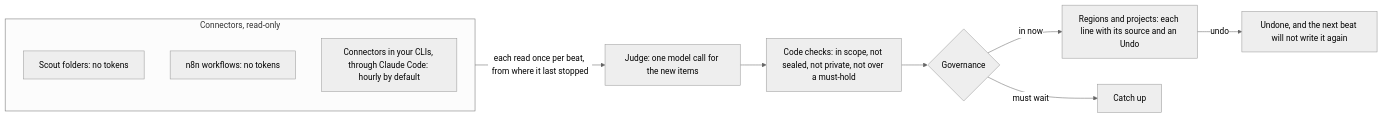
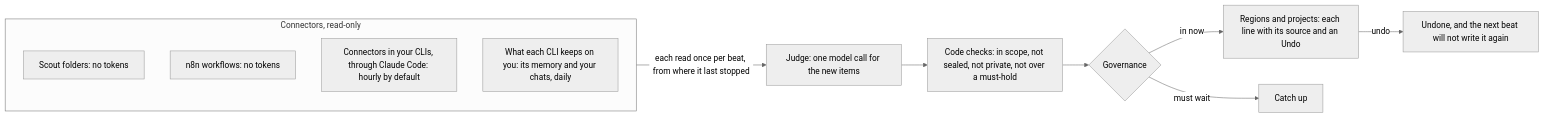
The third of 4 diagrams in README.md (rami-guzlan/Contxt), drawn with Mermaid (neutral theme) before and after one commit. The commit also changed other lines of this file and 10 other files, not shown here.

First line of the commit message:
Onboard from each CLI's memory, then read what is new daily

````diff
--- a/README.md
+++ b/README.md
@@ -113,14 +120,15 @@
 ```mermaid
 flowchart LR
     subgraph Reads["Connectors, read-only"]
         SC["Scout folders: no tokens"]
         N8["n8n workflows: no tokens"]
         CLI["Connectors in your CLIs, through Claude Code: hourly by default"]
+        MEM["What each CLI keeps on you: its memory and your chats, daily"]
     end
     Reads -->|"each read once per beat, from where it last stopped"| J["Judge: one model call for the new items"]
     J --> K["Code checks: in scope, not sealed, not private, not over a must-hold"]
     K --> G{"Governance"}
     G -->|"in now"| R["Regions and projects: each line with its source and an Undo"]
     G -->|"must wait"| Y["Catch up"]
     R -->|"undo"| X["Undone, and the next beat will not write it again"]
 ```
````
